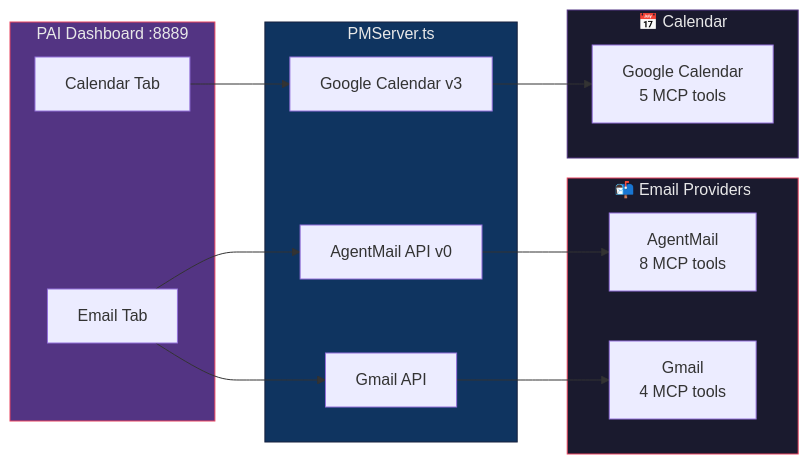
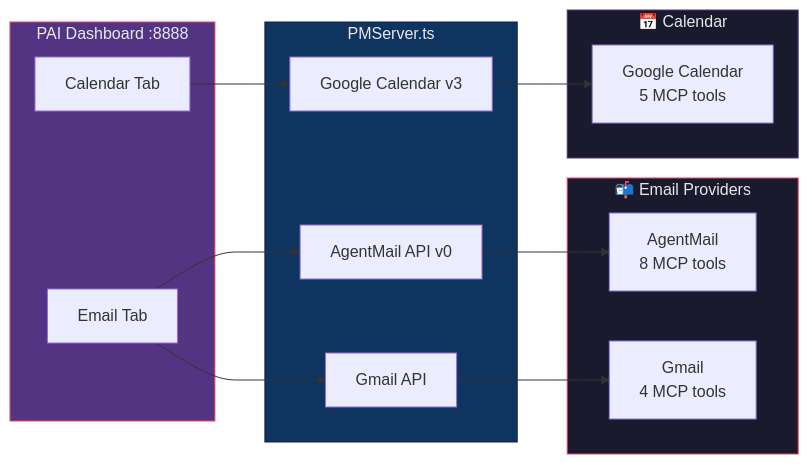
The sixth of 8 diagrams in docs/pai/README.md (docxology/codomyrmex), drawn with Mermaid before and after one commit. The commit also changed other lines of this file and 61 other files, not shown here.

````diff
--- a/docs/pai/README.md
+++ b/docs/pai/README.md
@@ -251,34 +251,34 @@
 ```mermaid
 graph LR
     subgraph Providers["📬 Email Providers"]
         AM["AgentMail<br/>8 MCP tools"]
         GM["Gmail<br/>4 MCP tools"]
     end
 
     subgraph Calendar["📅 Calendar"]
         GC["Google Calendar<br/>5 MCP tools"]
     end
 
-    subgraph Dashboard["PAI Dashboard :8889"]
+    subgraph Dashboard["PAI Dashboard :8888"]
         EMAIL_TAB["Email Tab"]
         CAL_TAB["Calendar Tab"]
     end
 
     subgraph Backend["PMServer.ts"]
         AM_API["AgentMail API v0"]
         GM_API["Gmail API"]
         GCAL_API["Google Calendar v3"]
     end
 
     EMAIL_TAB --> AM_API
     EMAIL_TAB --> GM_API
     CAL_TAB --> GCAL_API
     AM_API --> AM
     GM_API --> GM
     GCAL_API --> GC
 
     style Providers fill:#1a1a2e,stroke:#e94560,color:#e8e8e8
     style Calendar fill:#1a1a2e,stroke:#533483,color:#e8e8e8
     style Dashboard fill:#533483,stroke:#e94560,color:#e8e8e8
     style Backend fill:#0f3460,stroke:#16213e,color:#e8e8e8
 ```
````
